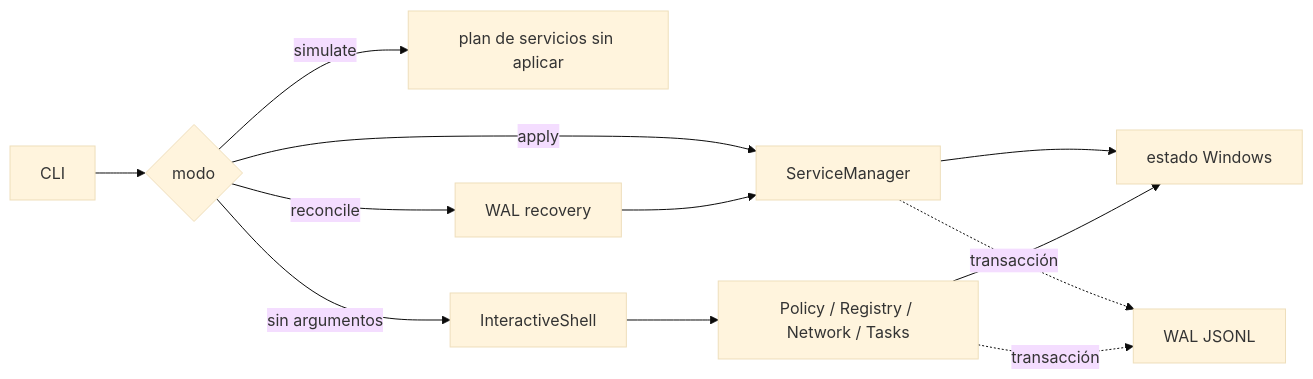
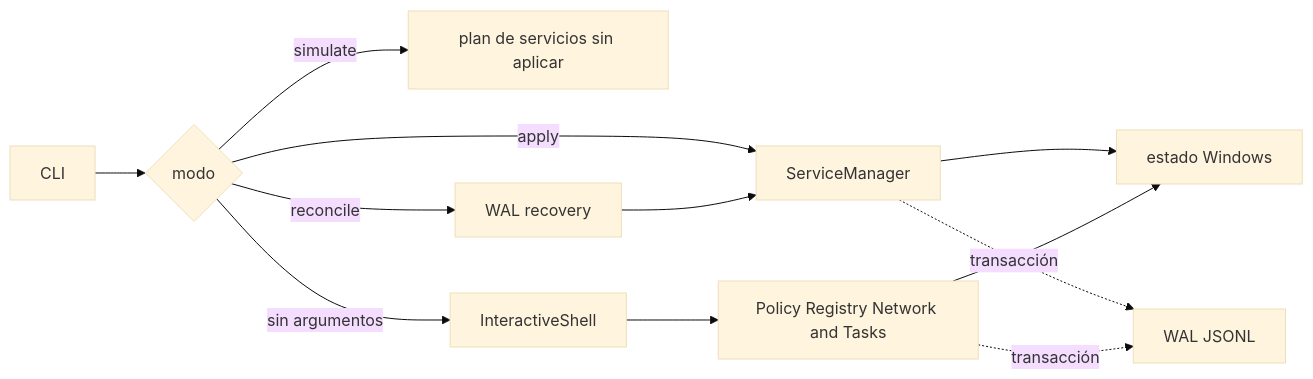
The diagram in README.md (genesisgzdev/Aegis11), drawn with Mermaid (base theme) before and after one commit. The commit also changed 1 other file, not shown here.

Commit message:
Fix GitHub Mermaid diagrams

````diff
--- a/README.md
+++ b/README.md
@@ -36,14 +36,14 @@
 ```mermaid
 flowchart LR
     A[CLI] --> B{modo}
     B -->|simulate| C[plan de servicios sin aplicar]
     B -->|apply| D[ServiceManager]
     B -->|reconcile| E[WAL recovery]
     E --> D
     B -->|sin argumentos| F[InteractiveShell]
-    F --> G[Policy / Registry / Network / Tasks]
+    F --> G[Policy Registry Network and Tasks]
     D --> H[estado Windows]
     G --> H
     D -. transacción .-> I[WAL JSONL]
     G -. transacción .-> I
 ```
````
